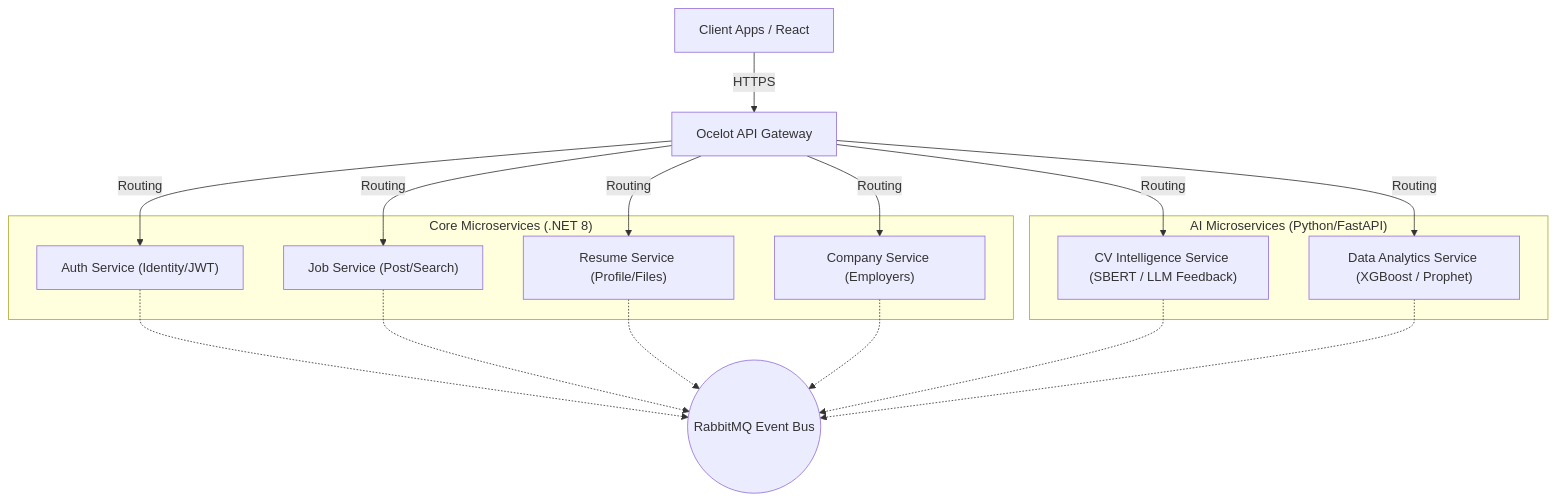
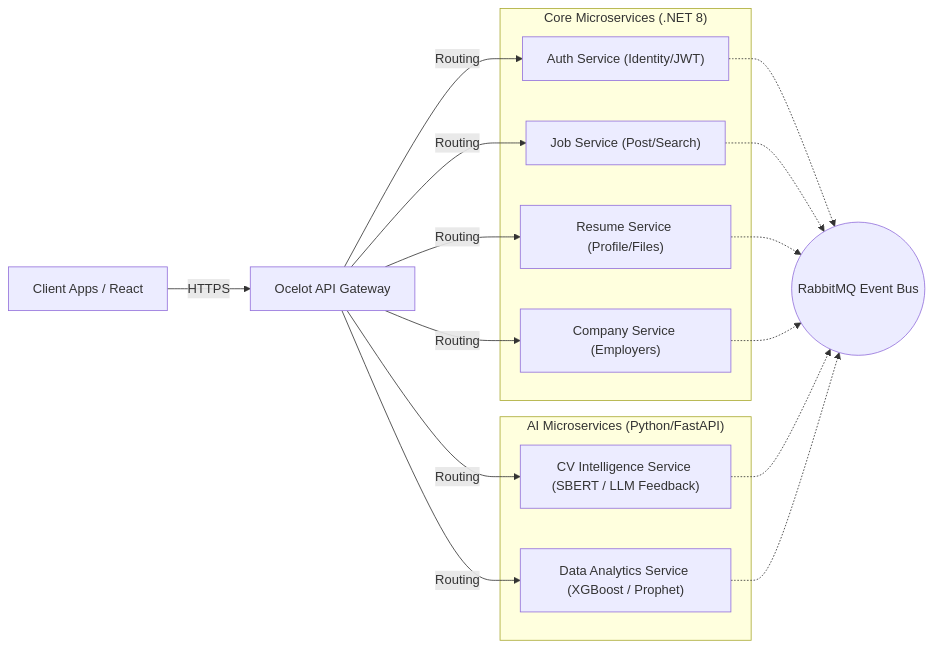
The diagram in README.md (Min-Duc1705/jobhub-microservices), drawn with Mermaid before and after one commit.

Commit message:
init: update Readme

````diff
--- a/README.md
+++ b/README.md
@@ -21,32 +21,32 @@
 ```mermaid
-graph TD
+flowchart LR
     Client["Client Apps / React"] -->|HTTPS| API_Gateway
     
     API_Gateway["Ocelot API Gateway"] -->|Routing| Auth
     API_Gateway -->|Routing| Job
     API_Gateway -->|Routing| Resume
     API_Gateway -->|Routing| Company
     API_Gateway -->|Routing| CVI
     API_Gateway -->|Routing| DA
     
     subgraph Core_Microservices ["Core Microservices (.NET 8)"]
         Auth["Auth Service (Identity/JWT)"]
         Job["Job Service (Post/Search)"]
         Resume["Resume Service (Profile/Files)"]
         Company["Company Service (Employers)"]
     end
     
     subgraph AI_Microservices ["AI Microservices (Python/FastAPI)"]
         CVI["CV Intelligence Service (SBERT / LLM Feedback)"]
         DA["Data Analytics Service (XGBoost / Prophet)"]
     end
     
     Auth -.-> RabbitMQ
     Job -.-> RabbitMQ
     Resume -.-> RabbitMQ
     Company -.-> RabbitMQ
     CVI -.-> RabbitMQ
     DA -.-> RabbitMQ
     
     RabbitMQ(("RabbitMQ Event Bus"))
 ```
````
